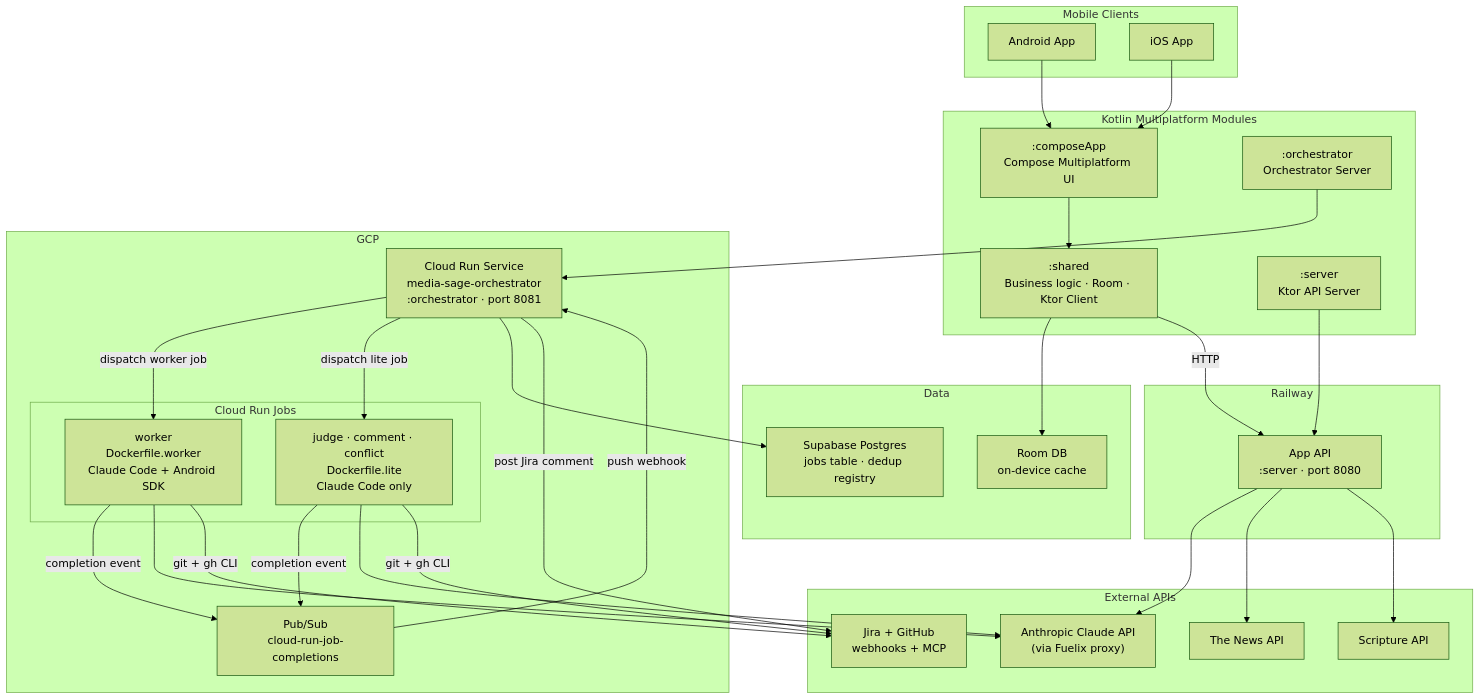
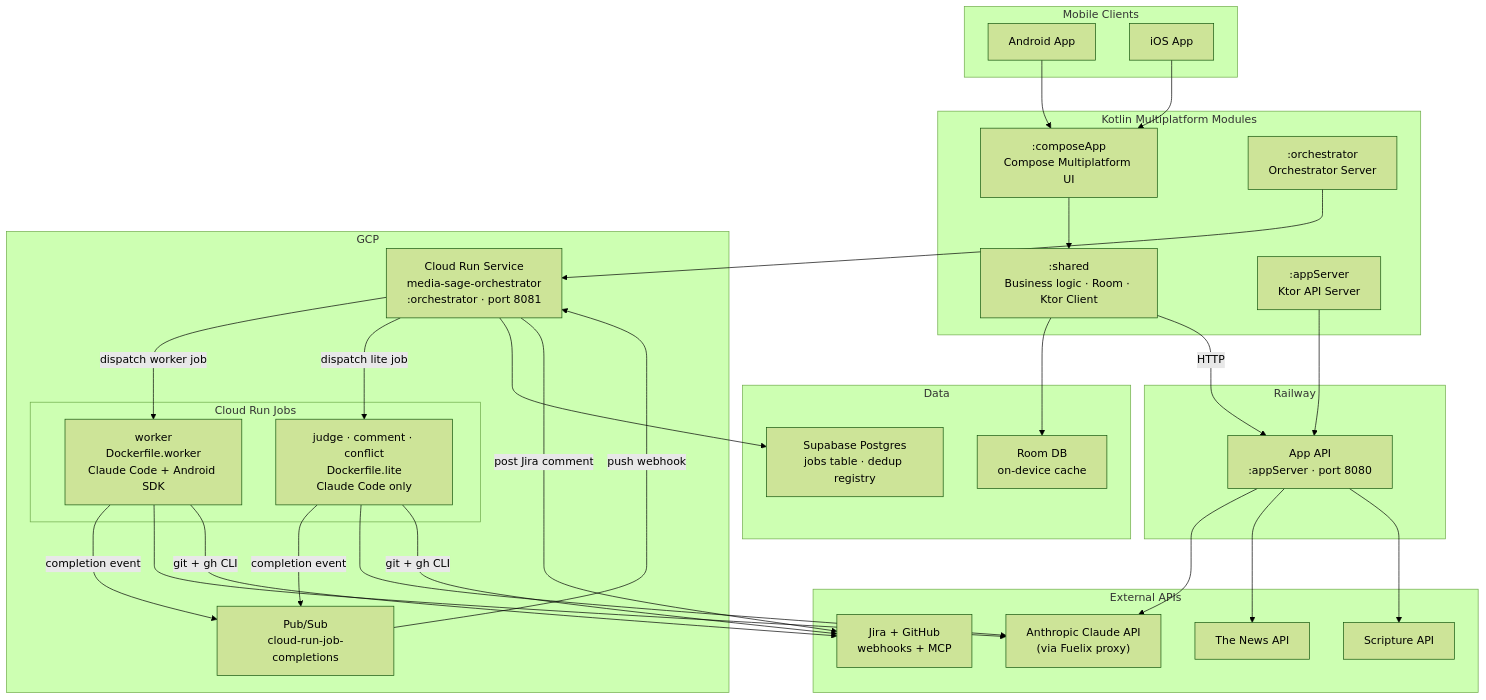
One commit to MicGon7/media-sage changed the diagram in docs/diagrams/infrastructure-overview.md. Above: the diagram before and after it, drawn with Mermaid (forest theme). The commit also changed other lines of this file and 203 other files, not shown here.

First line of the commit message:
MS-396: Rename :server → :appServer (PR 2/2)

````diff
--- a/docs/diagrams/infrastructure-overview.md
+++ b/docs/diagrams/infrastructure-overview.md
@@ -3,62 +3,62 @@
 ```mermaid
 graph TB
     subgraph Clients["Mobile Clients"]
         Android["Android App"]
         iOS["iOS App"]
     end
 
     subgraph KMP["Kotlin Multiplatform Modules"]
         composeApp[":composeApp<br/>Compose Multiplatform UI"]
         shared[":shared<br/>Business logic · Room · Ktor Client"]
-        server[":server<br/>Ktor API Server"]
+        server[":appServer<br/>Ktor API Server"]
         agent[":orchestrator<br/>Orchestrator Server"]
     end
 
     subgraph Railway["Railway"]
-        AppAPI["App API<br/>:server · port 8080"]
+        AppAPI["App API<br/>:appServer · port 8080"]
     end
 
     subgraph GCP["GCP"]
         Orchestrator["Cloud Run Service<br/>media-sage-orchestrator<br/>:orchestrator · port 8081"]
         subgraph Jobs["Cloud Run Jobs"]
             WorkerJob["worker<br/>Dockerfile.worker<br/>Claude Code + Android SDK"]
             LiteJobs["judge · comment · conflict<br/>Dockerfile.lite<br/>Claude Code only"]
         end
         PubSub["Pub/Sub<br/>cloud-run-job-completions"]
     end
 
     subgraph Data["Data"]
         Supabase["Supabase Postgres<br/>jobs table · dedup registry"]
         Room["Room DB<br/>on-device cache"]
     end
 
     subgraph External["External APIs"]
         Claude["Anthropic Claude API<br/>(via Fuelix proxy)"]
         NewsAPI["The News API"]
         Scripture["Scripture API"]
         JiraGH["Jira + GitHub<br/>webhooks + MCP"]
     end
 
     Android --> composeApp
     iOS --> composeApp
     composeApp --> shared
     shared --> Room
     shared -->|HTTP| AppAPI
     server --> AppAPI
     AppAPI --> Claude
     AppAPI --> NewsAPI
     AppAPI --> Scripture
 
     agent --> Orchestrator
     Orchestrator -->|dispatch worker job| WorkerJob
     Orchestrator -->|dispatch lite job| LiteJobs
     Orchestrator --> Supabase
     WorkerJob -->|completion event| PubSub
     LiteJobs -->|completion event| PubSub
     PubSub -->|push webhook| Orchestrator
     WorkerJob --> Claude
     LiteJobs --> Claude
     WorkerJob -->|git + gh CLI| JiraGH
     LiteJobs -->|git + gh CLI| JiraGH
     Orchestrator -->|post Jira comment| JiraGH
 ```
````
